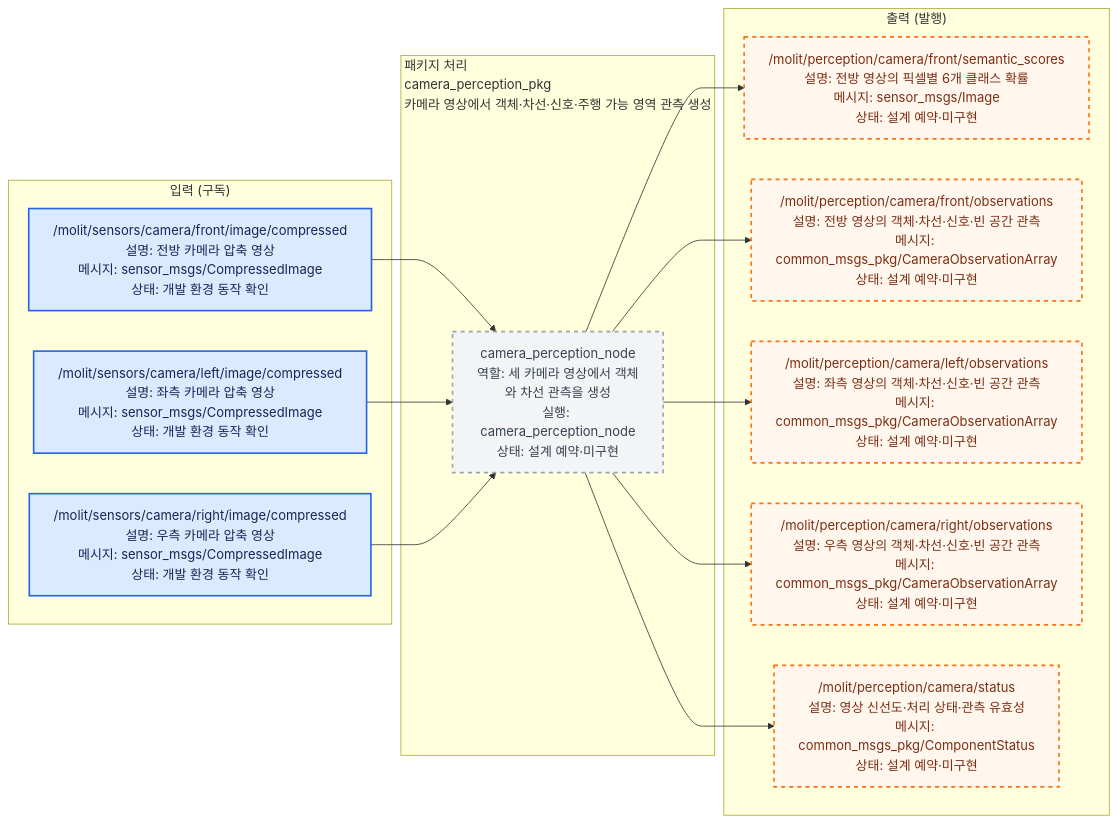
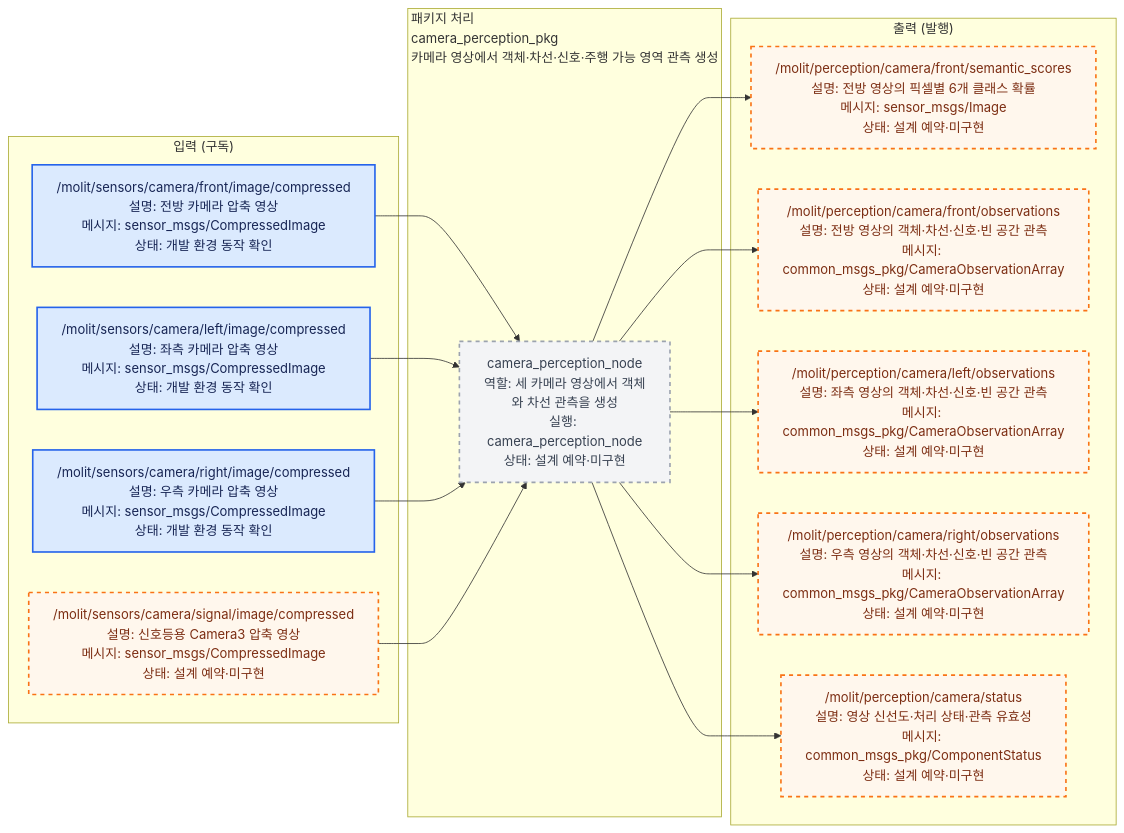
The diagram in src/camera_perception_pkg/docs/interface_io.mmd (Team-Stier/Morai_Sim_team2), drawn with Mermaid before and after one commit. The commit also changed 41 other files, not shown here.

```diff
--- a/src/camera_perception_pkg/docs/interface_io.mmd
+++ b/src/camera_perception_pkg/docs/interface_io.mmd
@@ -1,44 +1,47 @@
 %% AUTO-GENERATED by ros_architecture_pkg/scripts/generate_interface_diagrams.py. DO NOT EDIT.
 %% Source of truth: ros_architecture_pkg/config/interface_contract.yaml
 flowchart LR
     classDef liveNode fill:#dcfce7,color:#14532d,stroke:#16a34a,stroke-width:2px;
     classDef reservedNode fill:#f3f4f6,color:#374151,stroke:#9ca3af,stroke-width:2px,stroke-dasharray: 5 5;
     classDef liveTopic fill:#dbeafe,color:#172554,stroke:#2563eb,stroke-width:2px;
     classDef reservedTopic fill:#fff7ed,color:#7c2d12,stroke:#f97316,stroke-width:2px,stroke-dasharray: 5 5;
     classDef emptyPort fill:#ffffff,color:#6b7280,stroke:#d1d5db,stroke-dasharray: 3 3;
     classDef externalEndpoint fill:#f3e8ff,color:#581c87,stroke:#9333ea,stroke-width:3px;
 
     subgraph INPUTS["입력 (구독)"]
         input_000["/molit/sensors/camera/front/image/compressed<br/>설명: 전방 카메라 압축 영상<br/>메시지: sensor_msgs/CompressedImage<br/>상태: 개발 환경 동작 확인"]
         input_001["/molit/sensors/camera/left/image/compressed<br/>설명: 좌측 카메라 압축 영상<br/>메시지: sensor_msgs/CompressedImage<br/>상태: 개발 환경 동작 확인"]
         input_002["/molit/sensors/camera/right/image/compressed<br/>설명: 우측 카메라 압축 영상<br/>메시지: sensor_msgs/CompressedImage<br/>상태: 개발 환경 동작 확인"]
+        input_003["/molit/sensors/camera/signal/image/compressed<br/>설명: 신호등용 Camera3 압축 영상<br/>메시지: sensor_msgs/CompressedImage<br/>상태: 설계 예약·미구현"]
     end
     subgraph PACKAGE["패키지 처리<br/>camera_perception_pkg<br/>카메라 영상에서 객체·차선·신호·주행 가능 영역 관측 생성"]
         local_node_000["camera_perception_node<br/>역할: 세 카메라 영상에서 객체와 차선 관측을 생성<br/>실행: camera_perception_node<br/>상태: 설계 예약·미구현"]
     end
     subgraph OUTPUTS["출력 (발행)"]
         output_000["/molit/perception/camera/front/semantic_scores<br/>설명: 전방 영상의 픽셀별 6개 클래스 확률<br/>메시지: sensor_msgs/Image<br/>상태: 설계 예약·미구현"]
         output_001["/molit/perception/camera/front/observations<br/>설명: 전방 영상의 객체·차선·신호·빈 공간 관측<br/>메시지: common_msgs_pkg/CameraObservationArray<br/>상태: 설계 예약·미구현"]
         output_002["/molit/perception/camera/left/observations<br/>설명: 좌측 영상의 객체·차선·신호·빈 공간 관측<br/>메시지: common_msgs_pkg/CameraObservationArray<br/>상태: 설계 예약·미구현"]
         output_003["/molit/perception/camera/right/observations<br/>설명: 우측 영상의 객체·차선·신호·빈 공간 관측<br/>메시지: common_msgs_pkg/CameraObservationArray<br/>상태: 설계 예약·미구현"]
         output_004["/molit/perception/camera/status<br/>설명: 영상 신선도·처리 상태·관측 유효성<br/>메시지: common_msgs_pkg/ComponentStatus<br/>상태: 설계 예약·미구현"]
     end
 
     input_000 --> local_node_000
     input_001 --> local_node_000
     input_002 --> local_node_000
+    input_003 --> local_node_000
     local_node_000 --> output_000
     local_node_000 --> output_001
     local_node_000 --> output_002
     local_node_000 --> output_003
     local_node_000 --> output_004
 
     class local_node_000 reservedNode;
     class input_000 liveTopic;
     class input_001 liveTopic;
     class input_002 liveTopic;
+    class input_003 reservedTopic;
     class output_000 reservedTopic;
     class output_001 reservedTopic;
     class output_002 reservedTopic;
     class output_003 reservedTopic;
     class output_004 reservedTopic;
```
